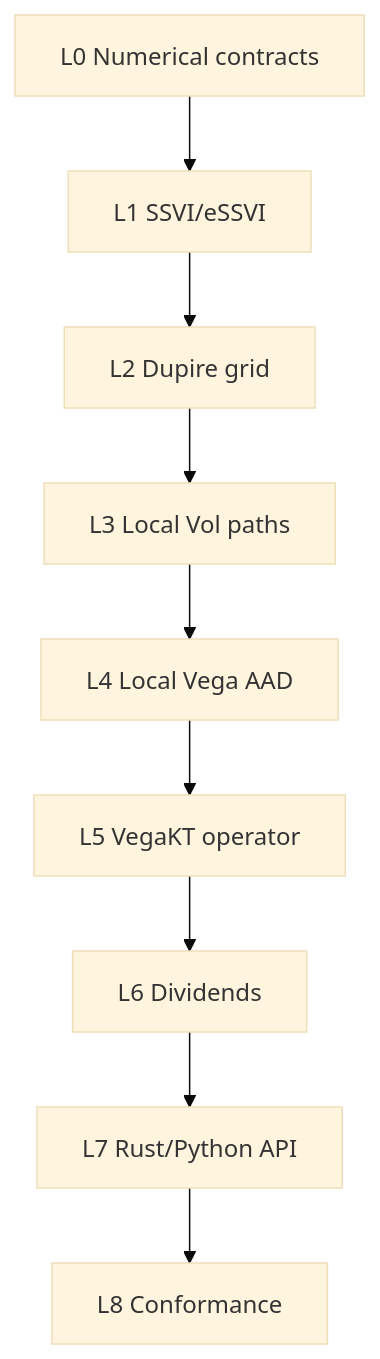
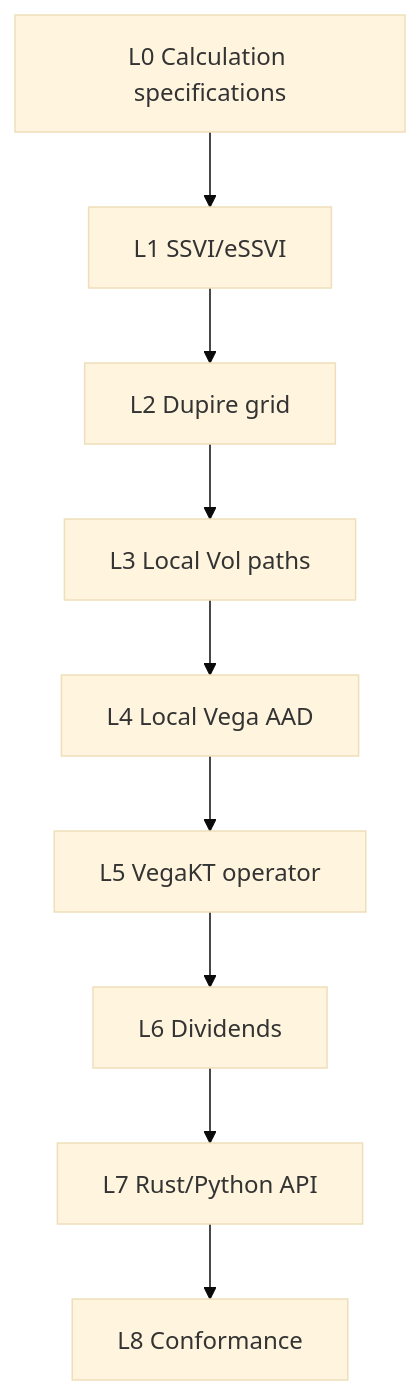
The diagram in design/roadmaps/local-vol-vegakt-roadmap-v0.1.md (msfmfjt/rust-pricing-library), drawn with Mermaid (base theme) before and after one commit. The commit also changed other lines of this file and 34 other files, not shown here.

Commit message:
docs: rename numerical contracts to calculation specifications

````diff
--- a/design/roadmaps/local-vol-vegakt-roadmap-v0.1.md
+++ b/design/roadmaps/local-vol-vegakt-roadmap-v0.1.md
@@ -74,11 +74,11 @@
 ```mermaid
 flowchart TD
-    L0["L0 Numerical contracts"] --> L1["L1 SSVI/eSSVI"]
+    L0["L0 Calculation specifications"] --> L1["L1 SSVI/eSSVI"]
     L1 --> L2["L2 Dupire grid"]
     L2 --> L3["L3 Local Vol paths"]
     L3 --> L4["L4 Local Vega AAD"]
     L4 --> L5["L5 VegaKT operator"]
     L5 --> L6["L6 Dividends"]
     L6 --> L7["L7 Rust/Python API"]
     L7 --> L8["L8 Conformance"]
 ```
````
